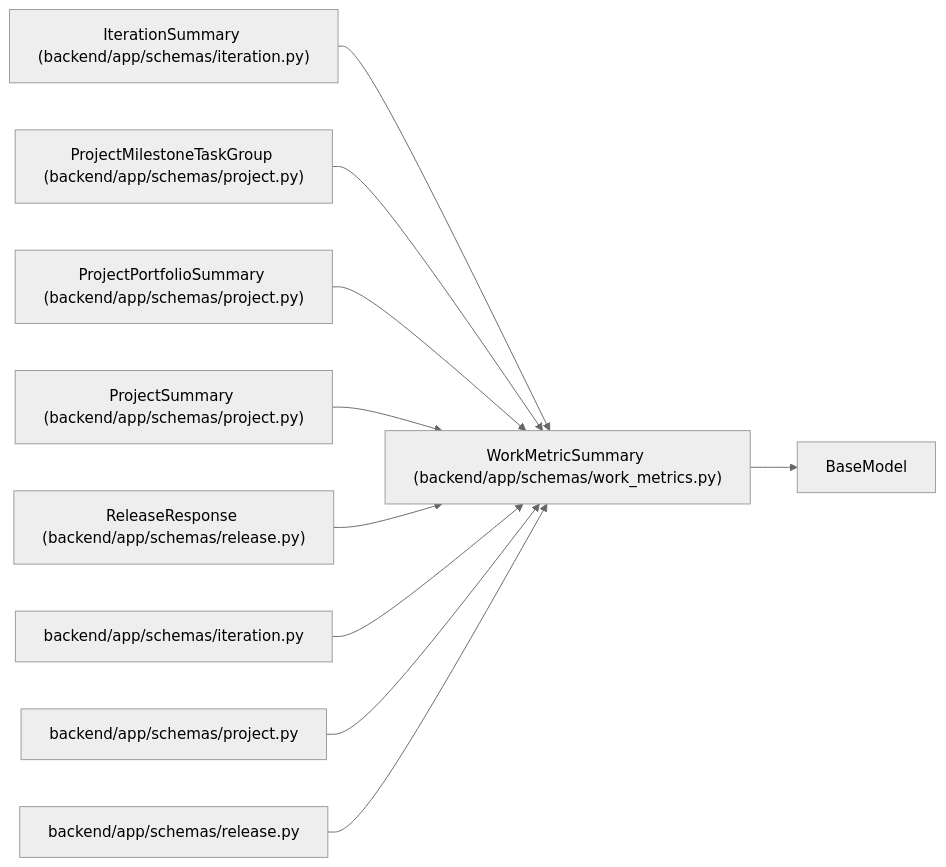
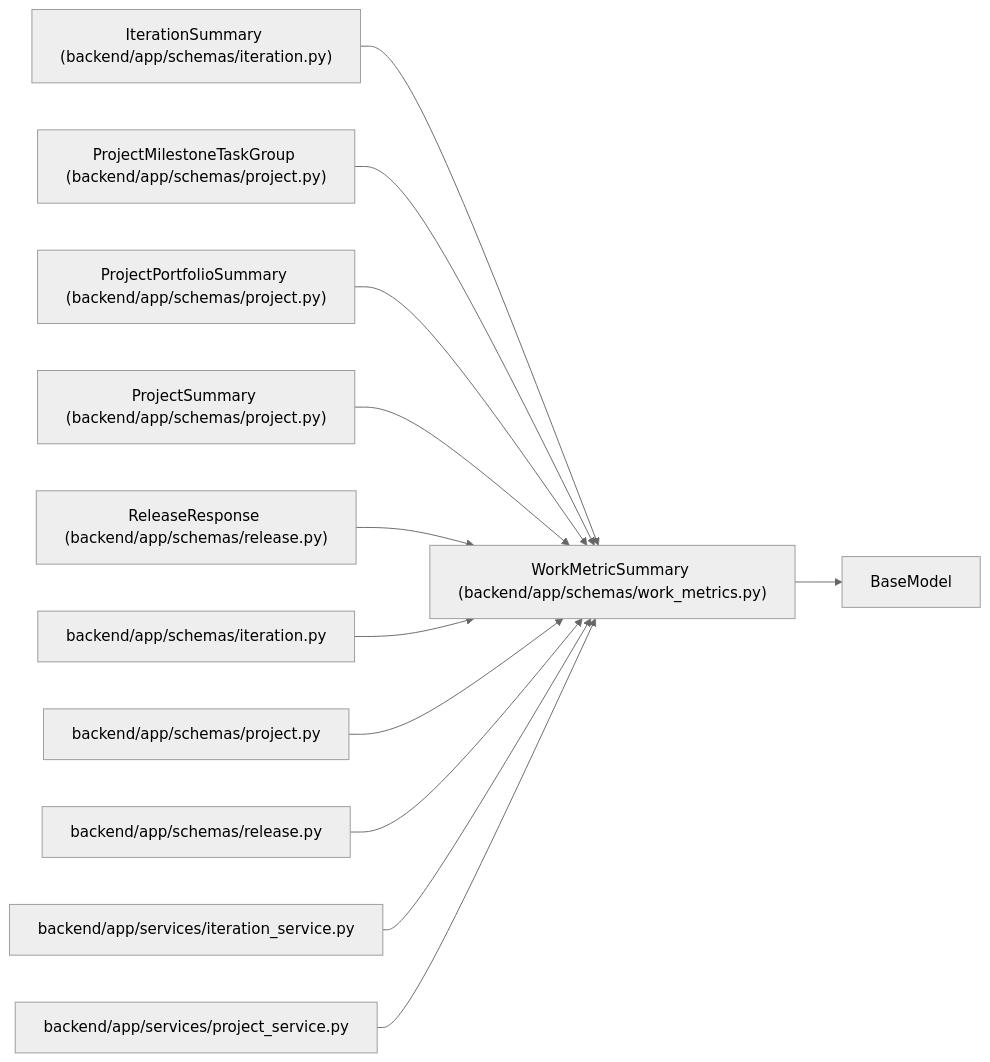
Before and after one commit to Denissvgn/WorkChord: the diagram in docs/llm_wiki/entities/WorkMetricSummary.md, drawn with Mermaid (neutral theme). The commit also changed other lines of this file and 25171 other files, not shown here.

````diff
--- a/docs/llm_wiki/entities/WorkMetricSummary.md
+++ b/docs/llm_wiki/entities/WorkMetricSummary.md
@@ -39,31 +39,37 @@
 ```mermaid
 flowchart LR
     n0["WorkMetricSummary (backend/app/schemas/work_metrics.py)"]
     n1["BaseModel"]
     n2["IterationSummary (backend/app/schemas/iteration.py)"]
     n3["ProjectMilestoneTaskGroup (backend/app/schemas/project.py)"]
     n4["ProjectPortfolioSummary (backend/app/schemas/project.py)"]
     n5["ProjectSummary (backend/app/schemas/project.py)"]
     n6["ReleaseResponse (backend/app/schemas/release.py)"]
     n7["backend/app/schemas/iteration.py"]
     n8["backend/app/schemas/project.py"]
     n9["backend/app/schemas/release.py"]
+    n10["backend/app/services/iteration_service.py"]
+    n11["backend/app/services/project_service.py"]
     n0 --> n1
     n2 --> n0
     n3 --> n0
     n4 --> n0
     n5 --> n0
     n6 --> n0
     n7 --> n0
     n8 --> n0
     n9 --> n0
+    n10 --> n0
+    n11 --> n0
     click n0 "../modules/schemas_work_metrics.md"
     click n2 "../modules/schemas_iteration.md"
     click n3 "../modules/schemas_project.md"
     click n4 "../modules/schemas_project.md"
     click n5 "../modules/schemas_project.md"
     click n6 "../modules/schemas_release.md"
     click n7 "../modules/schemas_iteration.md"
     click n8 "../modules/schemas_project.md"
     click n9 "../modules/schemas_release.md"
+    click n10 "../modules/iteration_service.md"
+    click n11 "../modules/project_service.md"
 ```
````
